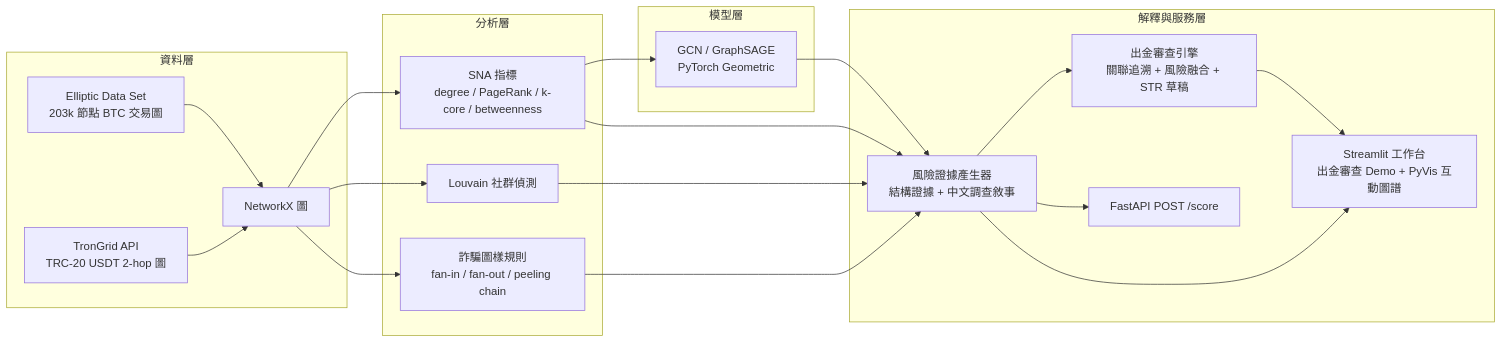
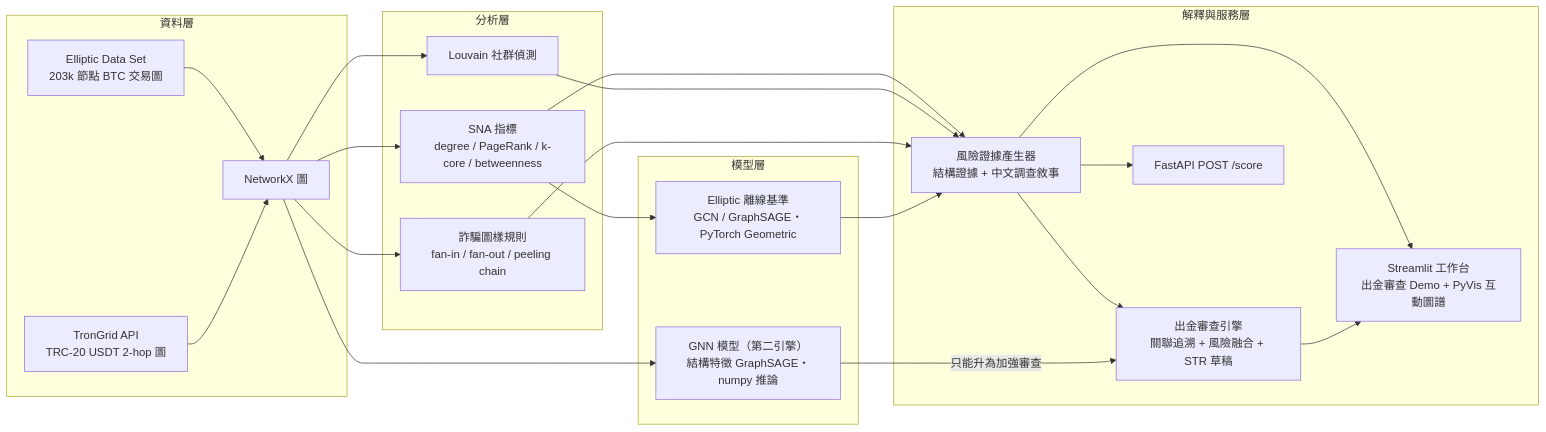
The diagram in README.md (zuemen/ChainLens), drawn with Mermaid before and after one commit. The commit also changed other lines of this file, not shown here.

````diff
--- a/README.md
+++ b/README.md
@@ -15,22 +18,24 @@
 ```mermaid
 flowchart LR
     subgraph 資料層
         A[Elliptic Data Set<br/>203k 節點 BTC 交易圖] --> C
         B[TronGrid API<br/>TRC-20 USDT 2-hop 圖] --> C
     end
     subgraph 分析層
         C[NetworkX 圖] --> D[SNA 指標<br/>degree / PageRank / k-core / betweenness]
         C --> E[Louvain 社群偵測]
         C --> F[詐騙圖樣規則<br/>fan-in / fan-out / peeling chain]
     end
     subgraph 模型層
-        D --> G[GCN / GraphSAGE<br/>PyTorch Geometric]
+        C --> S[GNN 模型（第二引擎）<br/>結構特徵 GraphSAGE・numpy 推論]
+        D --> G[Elliptic 離線基準<br/>GCN / GraphSAGE・PyTorch Geometric]
     end
     subgraph 解釋與服務層
         D & E & F & G --> H[風險證據產生器<br/>結構證據 + 中文調查敘事]
         H --> K[出金審查引擎<br/>關聯追溯 + 風險融合 + STR 草稿]
+        S -->|只能升為加強審查| K
         H --> I[FastAPI POST /score]
         H --> J[Streamlit 工作台<br/>出金審查 Demo + PyVis 互動圖譜]
         K --> J
     end
 ```
````
